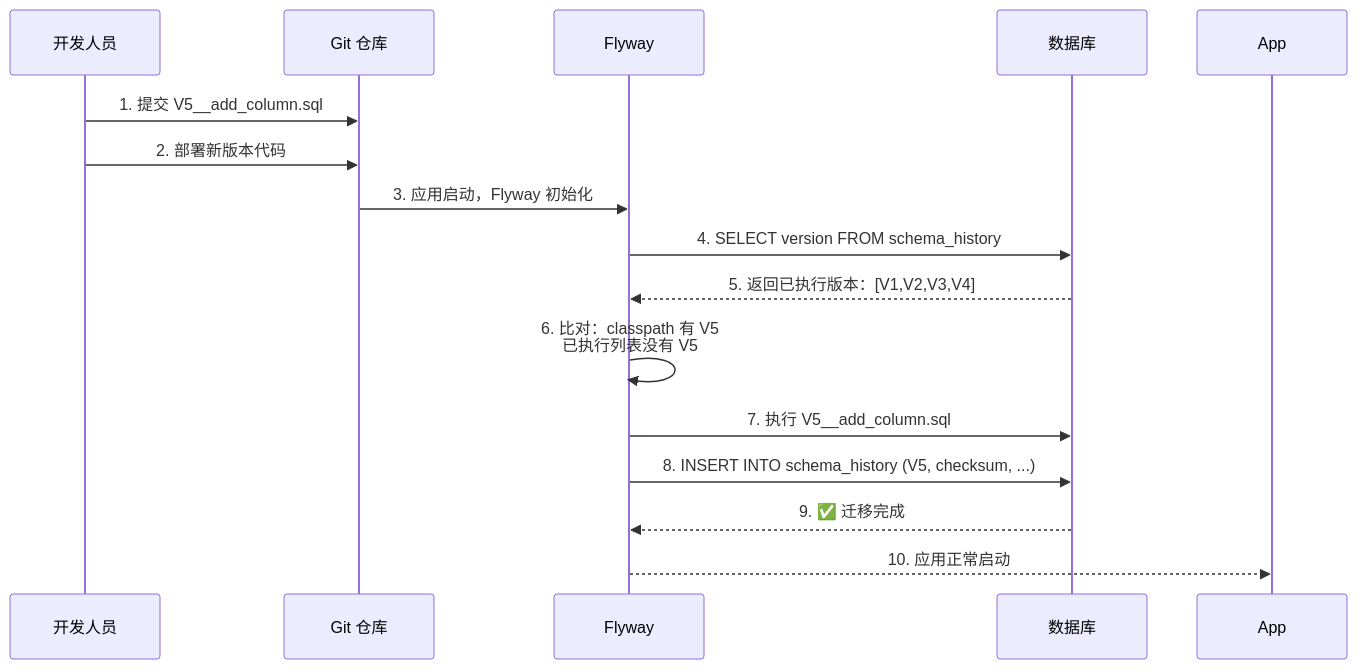
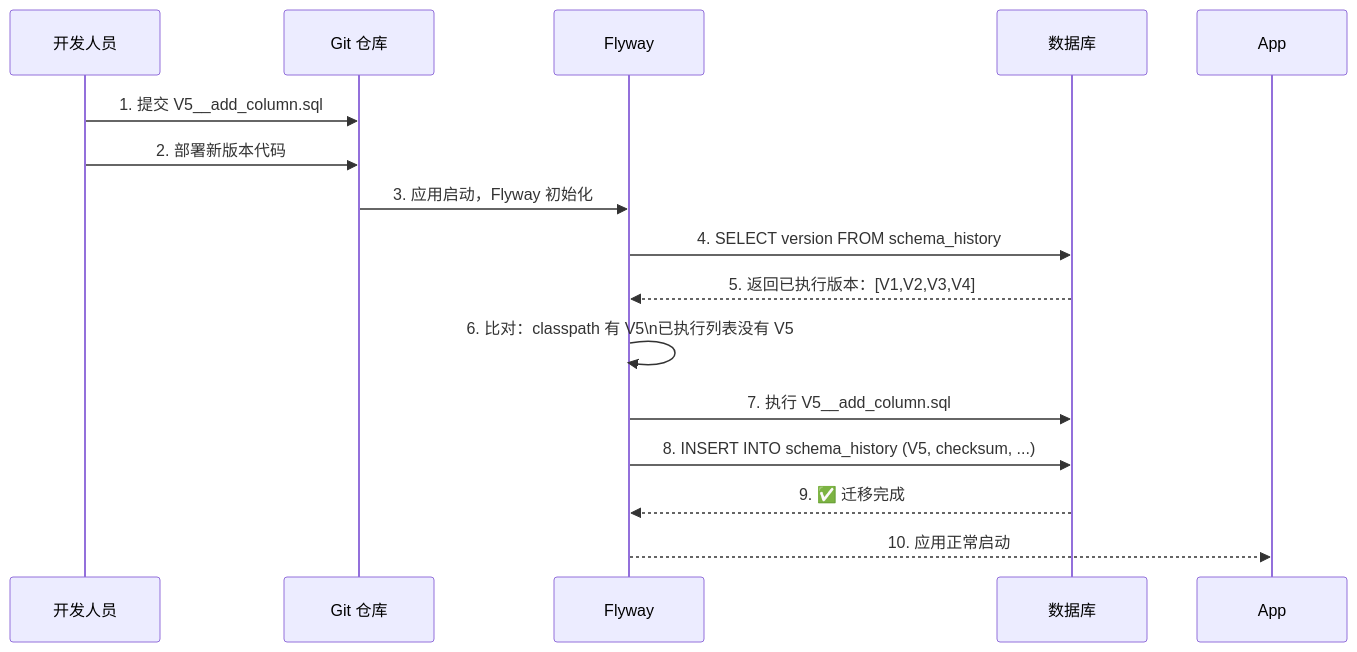
One commit to yaocat55/yaocat55.github.io changed the second of 2 diagrams in content/posts/database/FlywayMigrationGuide.md. Above: the diagram before and after it, drawn with Mermaid. The commit also changed other lines of this file and 155 other files, not shown here.

````diff
--- a/content/posts/database/FlywayMigrationGuide.md
+++ b/content/posts/database/FlywayMigrationGuide.md
@@ -367,18 +367,18 @@
 ```mermaid
 sequenceDiagram
     participant Dev as 开发人员
     participant Git as Git 仓库
     participant Flyway as Flyway
     participant DB as 数据库
 
     Dev->>Git: 1. 提交 V5__add_column.sql
     Dev->>Git: 2. 部署新版本代码
     Git->>Flyway: 3. 应用启动，Flyway 初始化
     Flyway->>DB: 4. SELECT version FROM schema_history
     DB-->>Flyway: 5. 返回已执行版本：[V1,V2,V3,V4]
-    Flyway->>Flyway: 6. 比对：classpath 有 V5<br/>已执行列表没有 V5
+    Flyway->>Flyway: 6. 比对：classpath 有 V5\n已执行列表没有 V5
     Flyway->>DB: 7. 执行 V5__add_column.sql
     Flyway->>DB: 8. INSERT INTO schema_history (V5, checksum, ...)
     DB-->>Flyway: 9. ✅ 迁移完成
     Flyway-->>App: 10. 应用正常启动
 ```
````
